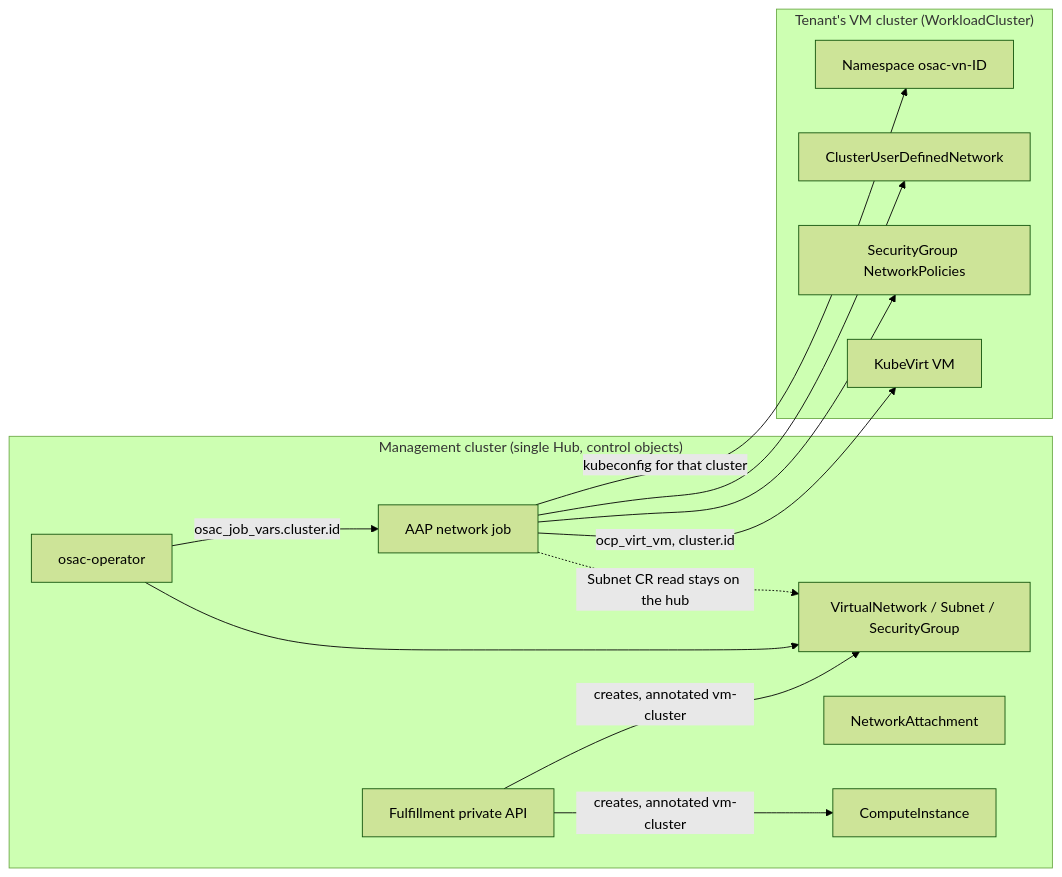
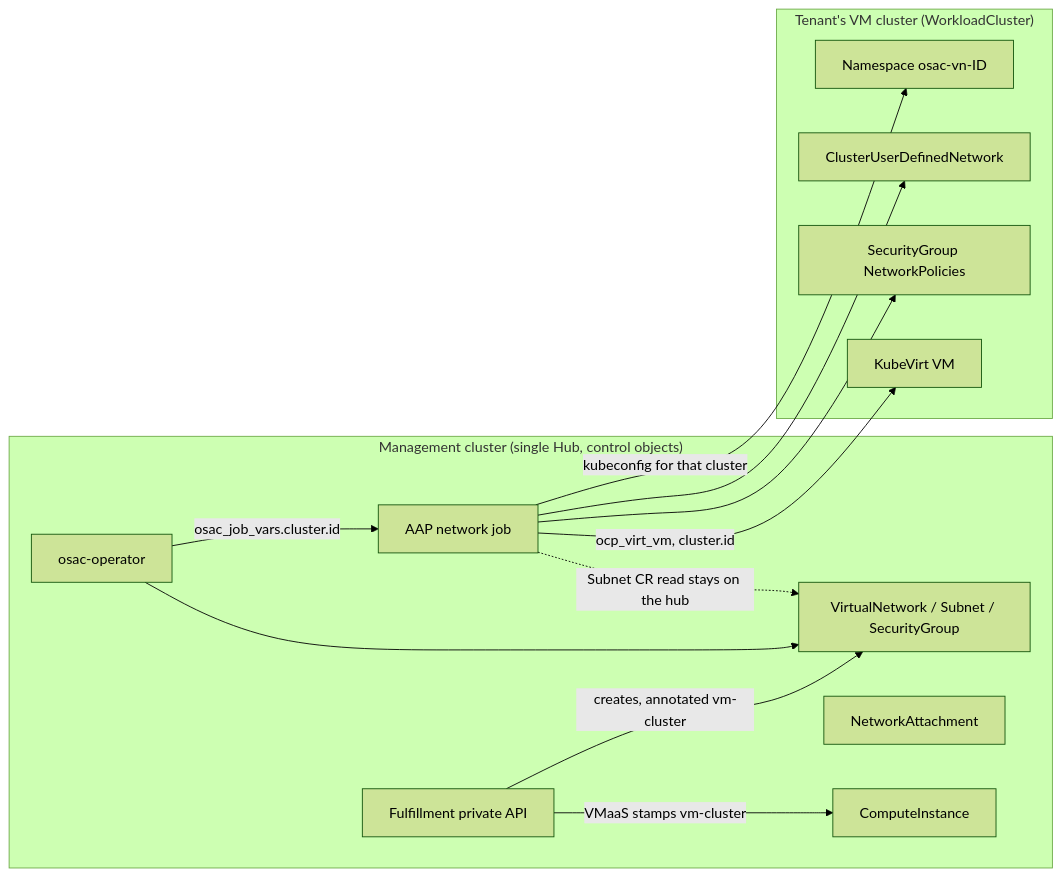
One commit to osac-project/enhancement-proposals changed the diagram in enhancements/OSAC-7305-remote-vm-cluster-networking/design.md. Above: the diagram before and after it, drawn with Mermaid (forest theme). The commit also changed other lines of this file and 3 other files, not shown here.

````diff
--- a/enhancements/OSAC-7305-remote-vm-cluster-networking/design.md
+++ b/enhancements/OSAC-7305-remote-vm-cluster-networking/design.md
@@ -149,26 +141,26 @@
 ```mermaid
 flowchart LR
     subgraph Main["Management cluster (single Hub, control objects)"]
         API[Fulfillment private API]
         VN[VirtualNetwork / Subnet / SecurityGroup]
         NA[NetworkAttachment]
         CI[ComputeInstance]
         OP[osac-operator]
         AAP[AAP network job]
     end
     subgraph VM["Tenant's VM cluster (WorkloadCluster)"]
         NS[Namespace osac-vn-ID]
         CUDN[ClusterUserDefinedNetwork]
         NP[SecurityGroup NetworkPolicies]
         KVV[KubeVirt VM]
     end
     API -->|creates, annotated vm-cluster| VN
-    API -->|creates, annotated vm-cluster| CI
+    API -->|VMaaS stamps vm-cluster| CI
     OP --> VN
     OP -->|osac_job_vars.cluster.id| AAP
     AAP -->|kubeconfig for that cluster| NS
     AAP --> CUDN
     AAP --> NP
     AAP -->|ocp_virt_vm, cluster.id| KVV
     AAP -.->|Subnet CR read stays on the hub| VN
 ```
````
